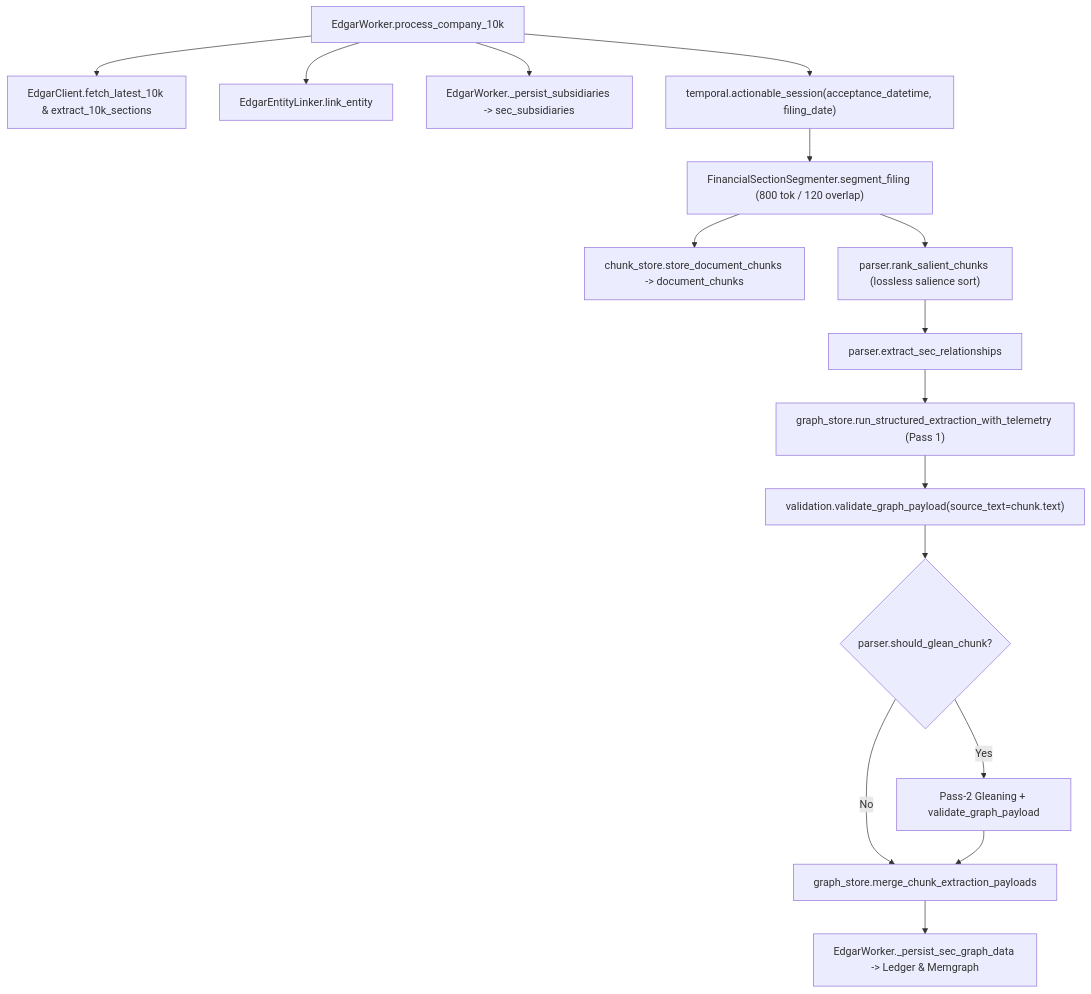
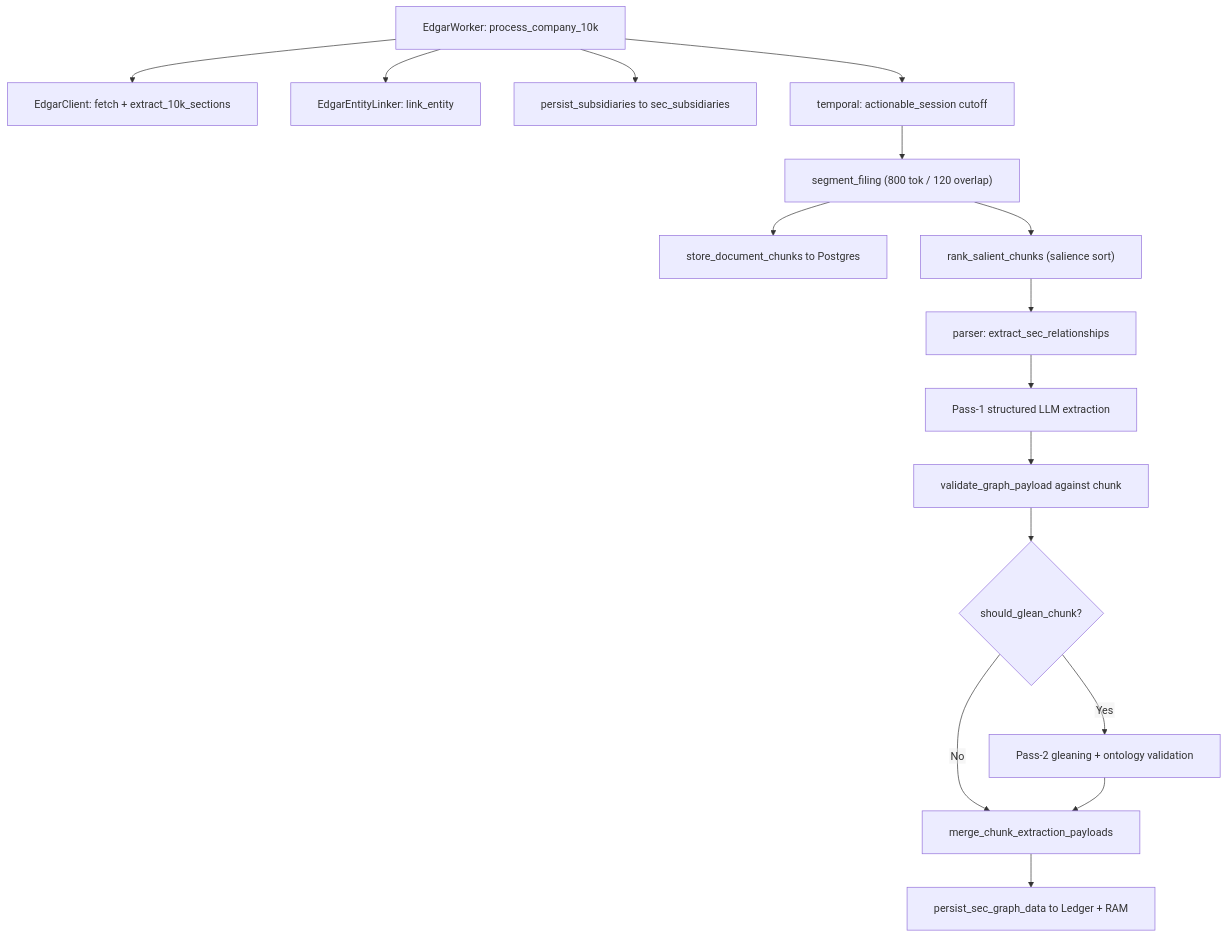
The second of 4 diagrams in docs/technical-report/01-pit-universe-and-ingestion.md (CamiloEmiliano/YarnBall), drawn with Mermaid before and after one commit. The commit also changed other lines of this file and 6 other files, not shown here.

Commit message:
docs(technical-report): fix Mermaid rendering, Monograph numbering, notation, and Ch.0 layout

````diff
--- a/docs/technical-report/01-pit-universe-and-ingestion.md
+++ b/docs/technical-report/01-pit-universe-and-ingestion.md
@@ -253,18 +266,19 @@
 ```mermaid
+%%{init: {"flowchart": {"htmlLabels": false, "wrappingWidth": 420, "padding": 20}}}%%
 flowchart TD
-    A["EdgarWorker.process_company_10k"] --> B["EdgarClient.fetch_latest_10k & extract_10k_sections"]
-    A --> C["EdgarEntityLinker.link_entity"]
-    A --> D["EdgarWorker._persist_subsidiaries -> sec_subsidiaries"]
-    A --> E["temporal.actionable_session(acceptance_datetime, filing_date)"]
-    E --> F["FinancialSectionSegmenter.segment_filing (800 tok / 120 overlap)"]
-    F --> G["chunk_store.store_document_chunks -> document_chunks"]
-    F --> H["parser.rank_salient_chunks (lossless salience sort)"]
-    H --> I["parser.extract_sec_relationships"]
-    I --> J["graph_store.run_structured_extraction_with_telemetry (Pass 1)"]
-    J --> K["validation.validate_graph_payload(source_text=chunk.text)"]
-    K --> L{"parser.should_glean_chunk?"}
-    L -->|"Yes"| M["Pass-2 Gleaning + validate_graph_payload"]
-    L -->|"No"| N["graph_store.merge_chunk_extraction_payloads"]
+    A["EdgarWorker: process_company_10k"] --> B["EdgarClient: fetch + extract_10k_sections"]
+    A --> C["EdgarEntityLinker: link_entity"]
+    A --> D["persist_subsidiaries to sec_subsidiaries"]
+    A --> E["temporal: actionable_session cutoff"]
+    E --> F["segment_filing (800 tok / 120 overlap)"]
+    F --> G["store_document_chunks to Postgres"]
+    F --> H["rank_salient_chunks (salience sort)"]
+    H --> I["parser: extract_sec_relationships"]
+    I --> J["Pass-1 structured LLM extraction"]
+    J --> K["validate_graph_payload against chunk"]
+    K --> L{"should_glean_chunk?"}
+    L -->|"Yes"| M["Pass-2 gleaning + ontology validation"]
+    L -->|"No"| N["merge_chunk_extraction_payloads"]
     M --> N
-    N --> O["EdgarWorker._persist_sec_graph_data -> Ledger & Memgraph"]
+    N --> O["persist_sec_graph_data to Ledger + RAM"]
 ```
````
